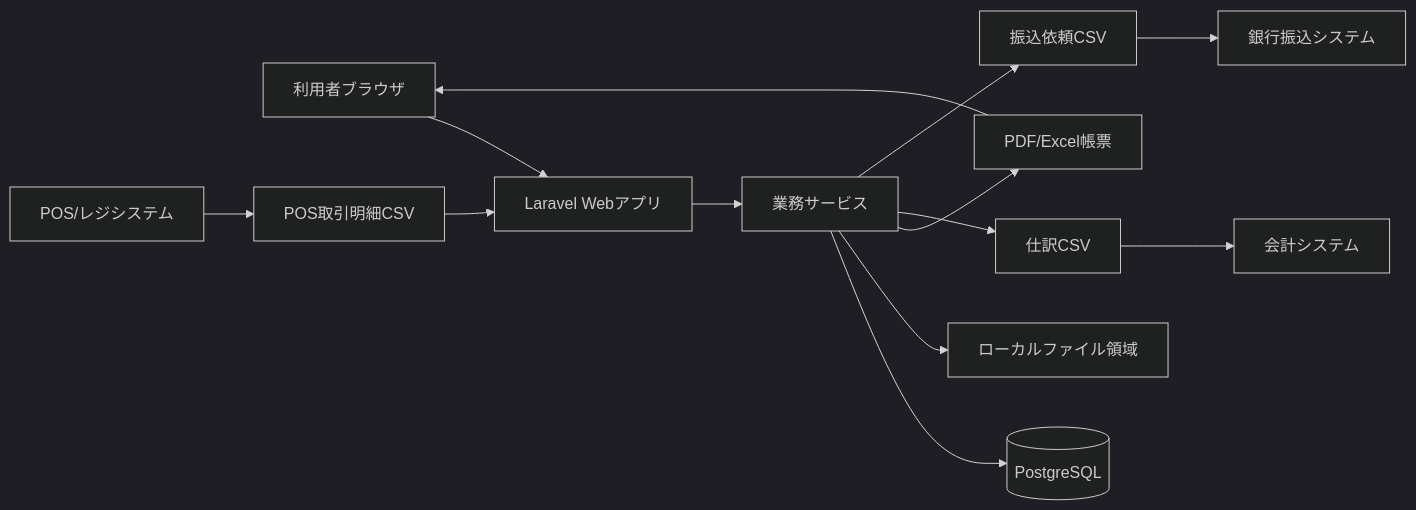
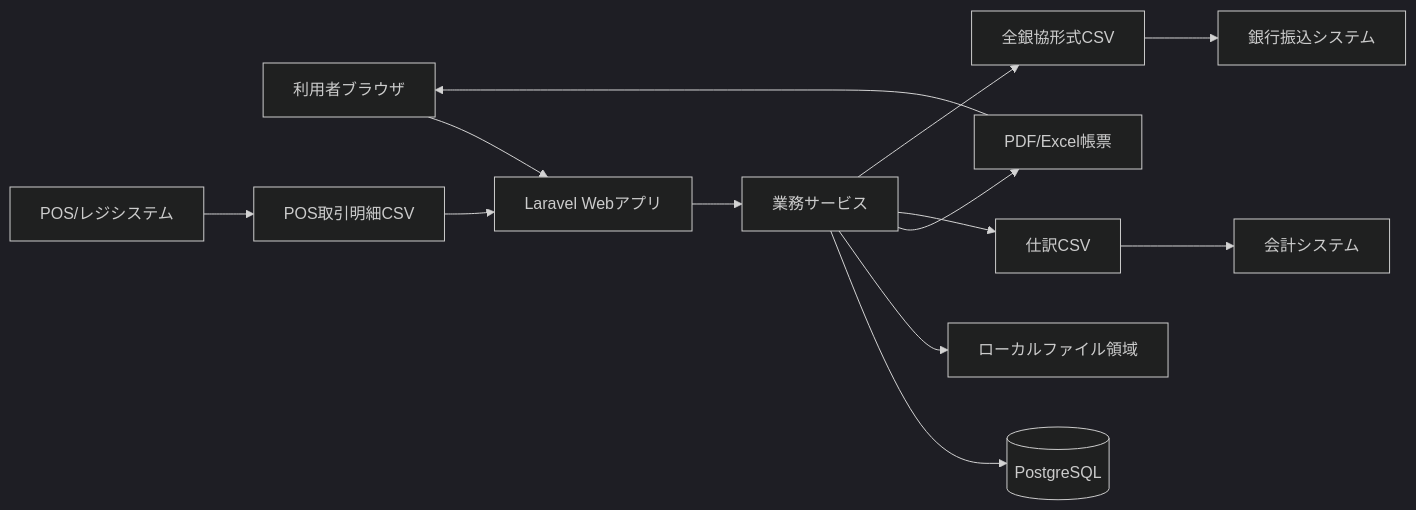
One commit to KoukiKimura/JASuppliers changed the first of 7 diagrams in Docs/基本設計/仕入システム_基本設計書.md. Above: the diagram before and after it, drawn with Mermaid (dark theme). The commit also changed other lines of this file and 2 other files, not shown here.

````diff
--- a/Docs/基本設計/仕入システム_基本設計書.md
+++ b/Docs/基本設計/仕入システム_基本設計書.md
@@ -56,18 +57,18 @@
 ```mermaid
 flowchart LR
     user[利用者ブラウザ] --> web[Laravel Webアプリ]
     web --> app[業務サービス]
     app --> db[(PostgreSQL)]
     app --> file[ローカルファイル領域]
 
     pos[POS/レジシステム] --> csvIn[POS取引明細CSV]
     csvIn --> web
 
     app --> report[PDF/Excel帳票]
     app --> accCsv[仕訳CSV]
-    app --> bankCsv[振込依頼CSV]
+    app --> bankCsv[全銀協形式CSV]
 
     report --> user
     accCsv --> accounting[会計システム]
     bankCsv --> bank[銀行振込システム]
 ```
````
